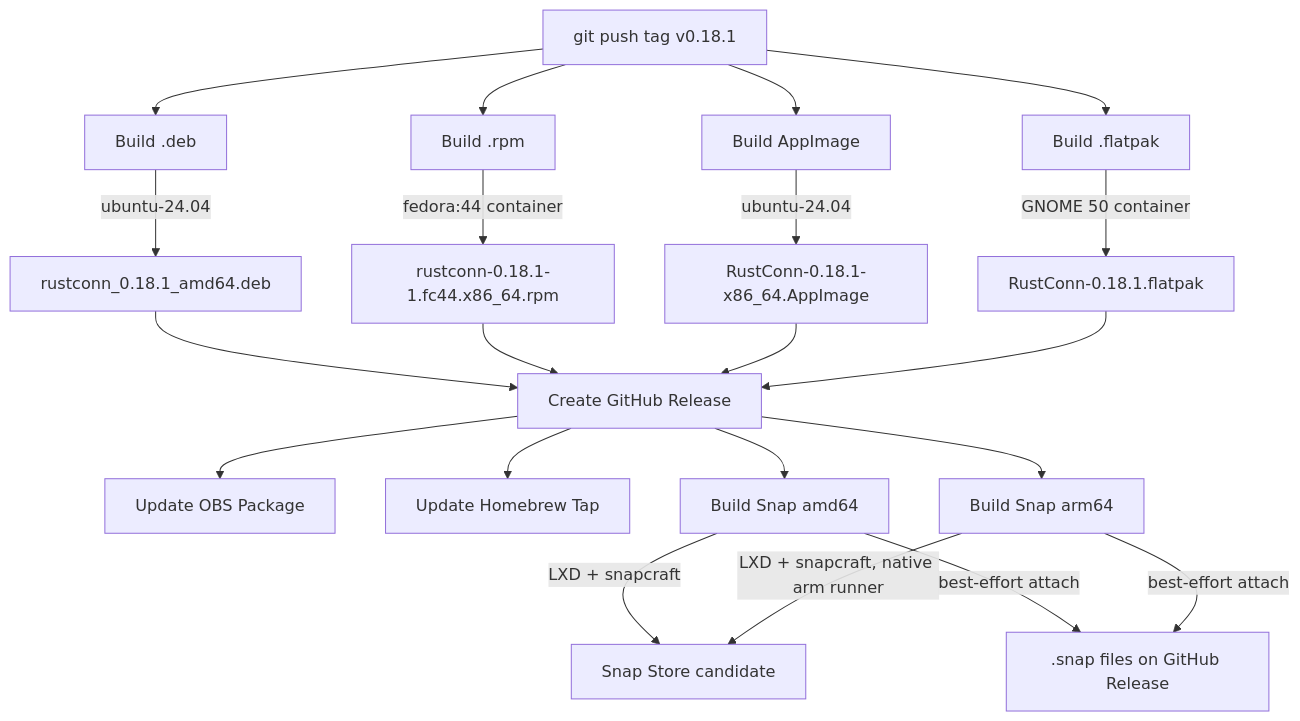
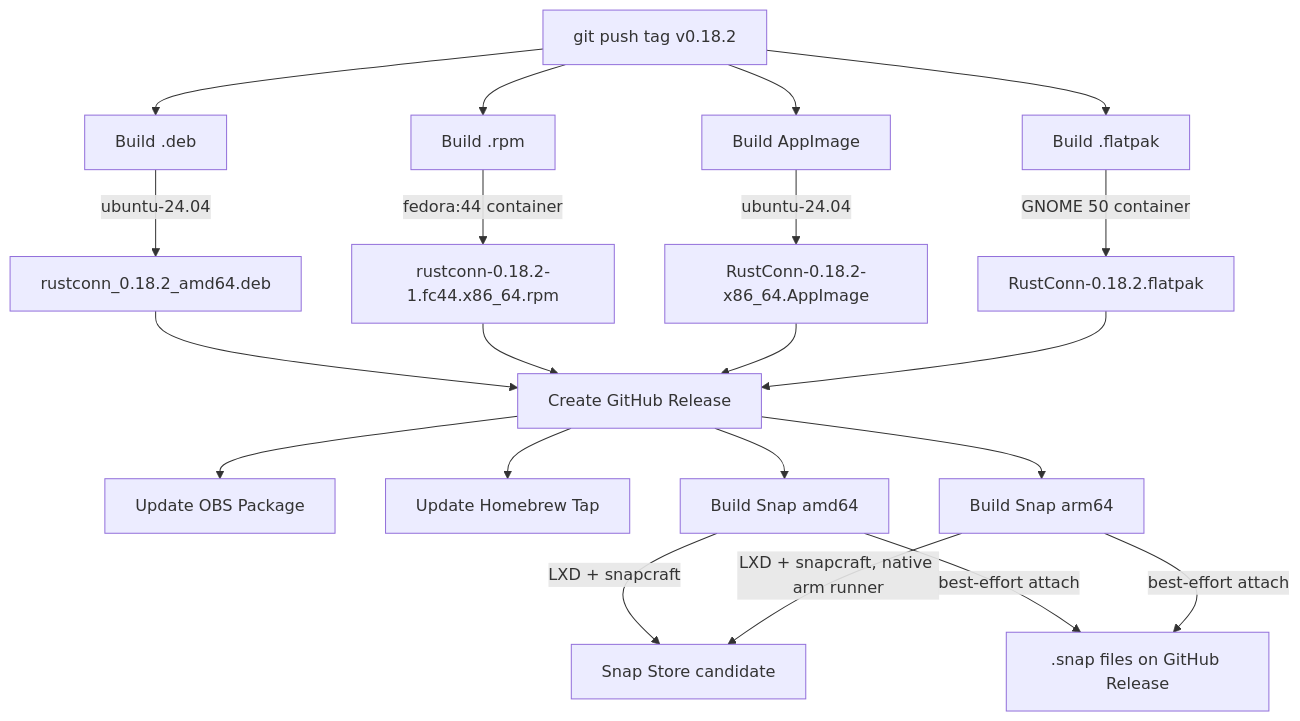
The third of 6 diagrams in docs/CI_BUILD_FLOW.md (shanecaf/RustConn), drawn with Mermaid before and after one commit. The commit also changed other lines of this file and 54 other files, not shown here.

````diff
--- a/docs/CI_BUILD_FLOW.md
+++ b/docs/CI_BUILD_FLOW.md
@@ -67,26 +67,26 @@
 ```mermaid
 graph TD
-    Tag[git push tag v0.18.1] --> BuildDeb[Build .deb]
+    Tag[git push tag v0.18.2] --> BuildDeb[Build .deb]
     Tag --> BuildRPM[Build .rpm]
     Tag --> BuildAppImage[Build AppImage]
     Tag --> BuildFlatpak[Build .flatpak]
 
-    BuildDeb --> |ubuntu-24.04| DebArtifact[rustconn_0.18.1_amd64.deb]
-    BuildRPM --> |fedora:44 container| RPMArtifact[rustconn-0.18.1-1.fc44.x86_64.rpm]
-    BuildAppImage --> |ubuntu-24.04| AppImageArtifact[RustConn-0.18.1-x86_64.AppImage]
-    BuildFlatpak --> |GNOME 50 container| FlatpakArtifact[RustConn-0.18.1.flatpak]
+    BuildDeb --> |ubuntu-24.04| DebArtifact[rustconn_0.18.2_amd64.deb]
+    BuildRPM --> |fedora:44 container| RPMArtifact[rustconn-0.18.2-1.fc44.x86_64.rpm]
+    BuildAppImage --> |ubuntu-24.04| AppImageArtifact[RustConn-0.18.2-x86_64.AppImage]
+    BuildFlatpak --> |GNOME 50 container| FlatpakArtifact[RustConn-0.18.2.flatpak]
 
     DebArtifact --> Release[Create GitHub Release]
     RPMArtifact --> Release
     AppImageArtifact --> Release
     FlatpakArtifact --> Release
 
     Release --> UpdateOBS[Update OBS Package]
     Release --> Brew[Update Homebrew Tap]
     Release --> SnapAmd64[Build Snap amd64]
     Release --> SnapArm64[Build Snap arm64]
     SnapAmd64 --> |LXD + snapcraft| SnapStore[Snap Store candidate]
     SnapArm64 --> |LXD + snapcraft, native arm runner| SnapStore
     SnapAmd64 --> |best-effort attach| SnapAsset[.snap files on GitHub Release]
     SnapArm64 --> |best-effort attach| SnapAsset
 ```
````
